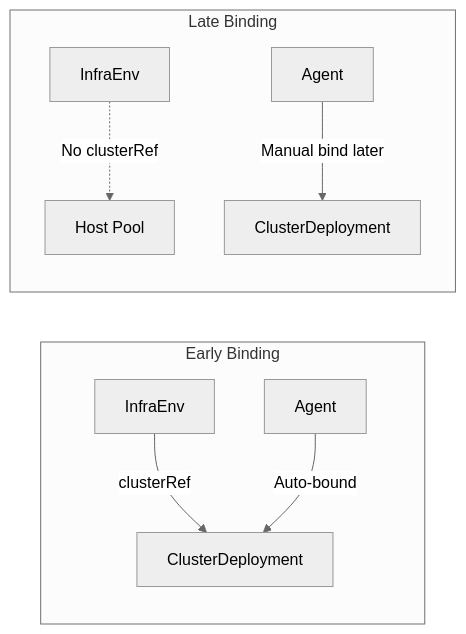
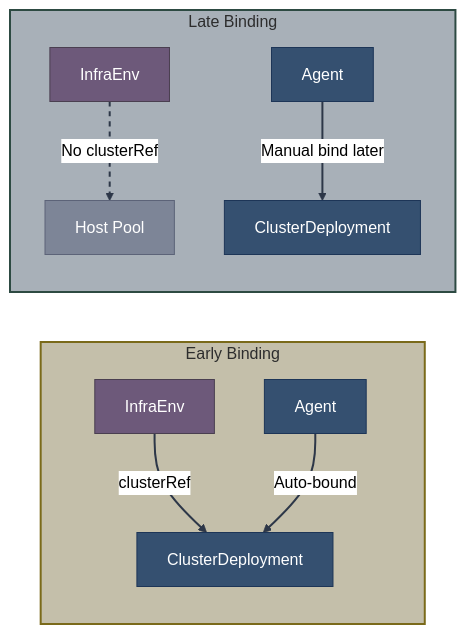
Before and after one commit to zszabo-rh/openshift-install-guide: the second of 5 diagrams in 00-concepts-glossary.md, drawn with Mermaid (neutral theme). The commit also changed other lines of this file and 16 other files, not shown here.

Commit message:
improved diagram style

````diff
--- a/00-concepts-glossary.md
+++ b/00-concepts-glossary.md
@@ -45,12 +58,26 @@
 ```mermaid
 graph LR
-    subgraph "Early Binding"
+    subgraph early["Early Binding"]
         IE1[InfraEnv] -->|clusterRef| CD1[ClusterDeployment]
         A1[Agent] -->|Auto-bound| CD1
     end
     
-    subgraph "Late Binding"
+    subgraph late["Late Binding"]
         IE2[InfraEnv] -.->|No clusterRef| POOL[Host Pool]
         A2[Agent] -->|Manual bind later| CD2[ClusterDeployment]
     end
+    
+    style IE1 fill:#6d597a,stroke:#4a3f50,color:#fff
+    style IE2 fill:#6d597a,stroke:#4a3f50,color:#fff
+    style CD1 fill:#355070,stroke:#1d3557,color:#fff
+    style CD2 fill:#355070,stroke:#1d3557,color:#fff
+    style A1 fill:#355070,stroke:#1d3557,color:#fff
+    style A2 fill:#355070,stroke:#1d3557,color:#fff
+    style POOL fill:#7d8597,stroke:#5c6378,color:#fff
+    
+    style early fill:#c4bfaa,stroke:#7a6a1a,stroke-width:2px,color:#2d2d2d
+    style late fill:#a8b0b8,stroke:#2d4a42,stroke-width:2px,color:#2d2d2d
+    
+    linkStyle default stroke:#2d3748,stroke-width:2px
+    linkStyle 2 stroke:#2d3748,stroke-width:2px,stroke-dasharray:5
 ```
````
